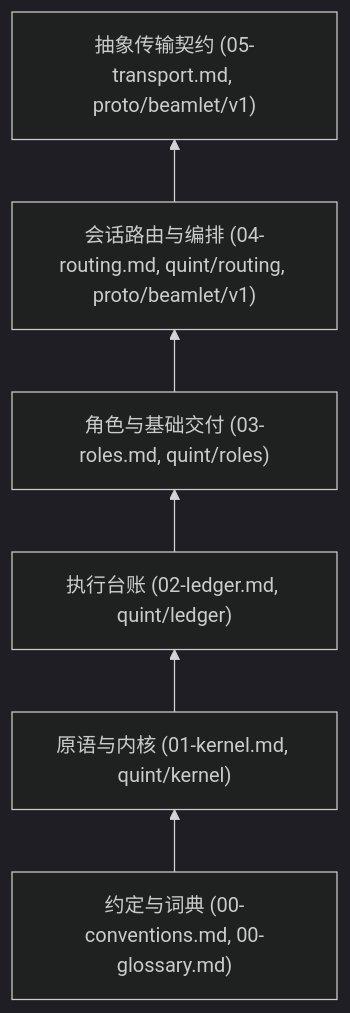
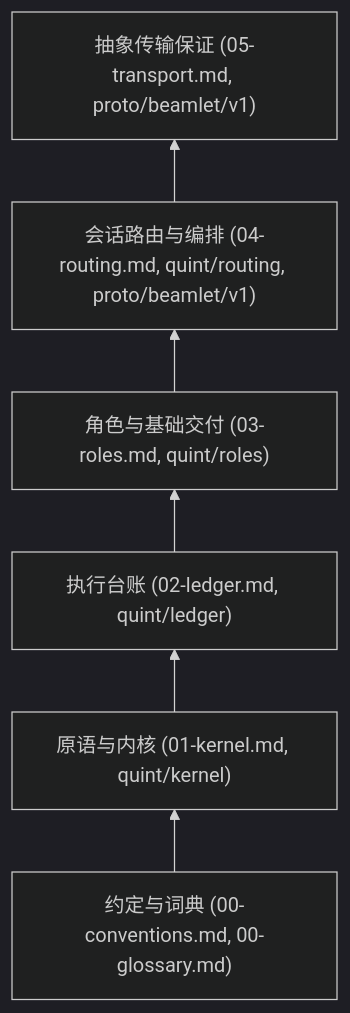
The diagram in spec/README.md (Everfold/Beamlet), drawn with Mermaid (dark theme) before and after one commit. The commit also changed other lines of this file and 10 other files, not shown here.

````diff
--- a/spec/README.md
+++ b/spec/README.md
@@ -13,11 +13,11 @@
 ```mermaid
 flowchart BT
     CONV["约定与词典 (00-conventions.md, 00-glossary.md)"]
     KRN["原语与内核 (01-kernel.md, quint/kernel)"]
     LDG["执行台账 (02-ledger.md, quint/ledger)"]
     ROL["角色与基础交付 (03-roles.md, quint/roles)"]
     RTE["会话路由与编排 (04-routing.md, quint/routing, proto/beamlet/v1)"]
-    TRP["抽象传输契约 (05-transport.md, proto/beamlet/v1)"]
+    TRP["抽象传输保证 (05-transport.md, proto/beamlet/v1)"]
 
     CONV --> KRN --> LDG --> ROL --> RTE --> TRP
 ```
````
